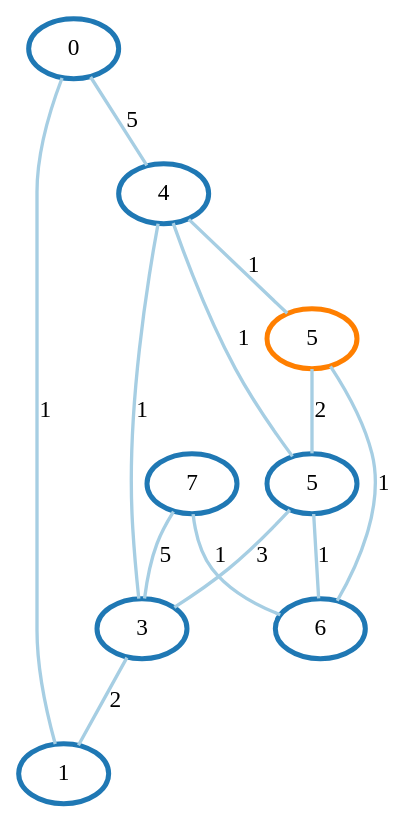
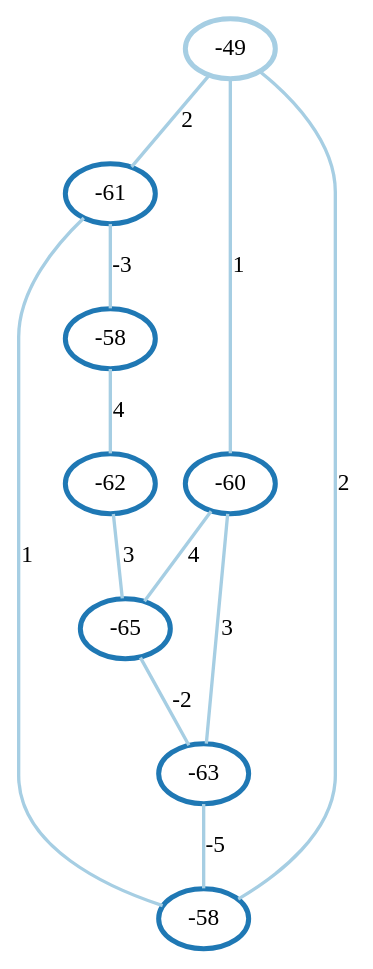
Before and after one commit to Pieterjaninfo/DSEA: the diagram in resources/made_graphs/BellmanFordUndirected.dot, drawn with Graphviz. The commit also changed 4 other files, not shown here.

```diff
--- a/resources/made_graphs/BellmanFordUndirected.dot
+++ b/resources/made_graphs/BellmanFordUndirected.dot
@@ -1,23 +1,22 @@
 graph G {
-    0 [penwidth=3,label="0",color=2, colorscheme=paired12]
-    1 [penwidth=3,label="7",color=2, colorscheme=paired12]
-    2 [penwidth=3,label="5",color=2, colorscheme=paired12]
-    3 [penwidth=3,label="1",color=2, colorscheme=paired12]
-    4 [penwidth=3,label="3",color=2, colorscheme=paired12]
-    5 [penwidth=3,label="6",color=2, colorscheme=paired12]
-    6 [penwidth=3,label="4",color=2, colorscheme=paired12]
-    7 [penwidth=3,label="5",color=8, colorscheme=paired12]
+    0 [penwidth=3,label="-49",color=1, colorscheme=paired12]
+    1 [penwidth=3,label="-61",color=2, colorscheme=paired12]
+    2 [penwidth=3,label="-63",color=2, colorscheme=paired12]
+    3 [penwidth=3,label="-58",color=2, colorscheme=paired12]
+    4 [penwidth=3,label="-58",color=2, colorscheme=paired12]
+    5 [penwidth=3,label="-62",color=2, colorscheme=paired12]
+    6 [penwidth=3,label="-65",color=2, colorscheme=paired12]
+    7 [penwidth=3,label="-60",color=2, colorscheme=paired12]
 
-    0--3 [penwidth=2,label="1",color=1, colorscheme=paired12]
-    0--6 [penwidth=2,label="5",color=1, colorscheme=paired12]
-    1--5 [penwidth=2,label="1",color=1, colorscheme=paired12]
-    1--4 [penwidth=2,label="5",color=1, colorscheme=paired12]
-    2--6 [penwidth=2,label="1",color=1, colorscheme=paired12]
-    2--4 [penwidth=2,label="3",color=1, colorscheme=paired12]
-    2--5 [penwidth=2,label="1",color=1, colorscheme=paired12]
-    7--2 [penwidth=2,label="2",color=1, colorscheme=paired12]
-    4--3 [penwidth=2,label="2",color=1, colorscheme=paired12]
-    4--6 [penwidth=2,label="1",color=1, colorscheme=paired12]
-    5--7 [penwidth=2,label="1",color=1, colorscheme=paired12]
-    6--7 [penwidth=2,label="1",color=1, colorscheme=paired12]
+    0--7 [penwidth=2,label="1",color=1, colorscheme=paired12]
+    0--1 [penwidth=2,label="2",color=1, colorscheme=paired12]
+    3--0 [penwidth=2,label="2",color=1, colorscheme=paired12]
+    3--1 [penwidth=2,label="1",color=1, colorscheme=paired12]
+    2--3 [penwidth=2,label="-5",color=1, colorscheme=paired12]
+    7--2 [penwidth=2,label="3",color=1, colorscheme=paired12]
+    7--6 [penwidth=2,label="4",color=1, colorscheme=paired12]
+    6--2 [penwidth=2,label="-2",color=1, colorscheme=paired12]
+    5--6 [penwidth=2,label="3",color=1, colorscheme=paired12]
+    4--5 [penwidth=2,label="4",color=1, colorscheme=paired12]
+    1--4 [penwidth=2,label="-3",color=1, colorscheme=paired12]
 }
```
